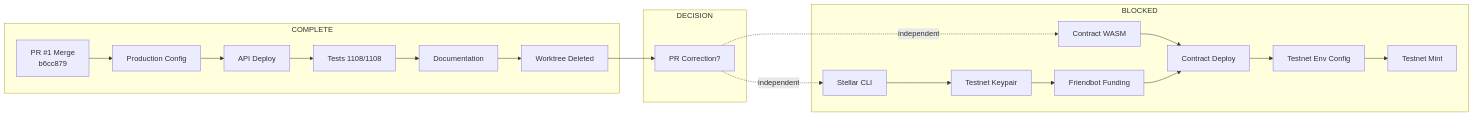
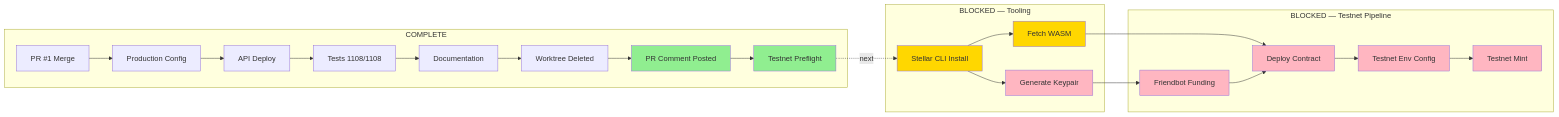
The diagram in docs/superpowers/diagrams/2026-08-19-dependency-map.md (SM-Web-Systems/lms-crypto-production), drawn with Mermaid before and after one commit. The commit also changed other lines of this file and 15 other files, not shown here.

First line of the commit message:
docs: phase 5 — PR correction, Stellar CLI research, testnet tooling preflight

````diff
--- a/docs/superpowers/diagrams/2026-08-19-dependency-map.md
+++ b/docs/superpowers/diagrams/2026-08-19-dependency-map.md
@@ -49,26 +8,37 @@
 ```mermaid
 graph LR
     subgraph "COMPLETE"
-        PR["PR #1 Merge<br/>b6cc879"] --> PROD["Production Config"]
+        PR["PR #1 Merge"] --> PROD["Production Config"]
         PROD --> DEPLOY["API Deploy"]
         DEPLOY --> TESTS["Tests 1108/1108"]
         TESTS --> DOCS["Documentation"]
         DOCS --> WT["Worktree Deleted"]
+        WT --> PRCORR["PR Comment Posted"]
+        PRCORR --> PREFLIGHT["Testnet Preflight"]
     end
 
-    subgraph "DECISION"
-        WT --> PRCORR["PR Correction?"]
+    subgraph "BLOCKED — Tooling"
+        CLI["Stellar CLI Install"] --> WASM_FETCH["Fetch WASM"]
+        CLI --> KEYPAIR["Generate Keypair"]
     end
 
-    subgraph "BLOCKED"
-        CLI["Stellar CLI"] --> KEYPAIR["Testnet Keypair"]
+    subgraph "BLOCKED — Testnet Pipeline"
         KEYPAIR --> FUND["Friendbot Funding"]
-        WASM["Contract WASM"] --> CDEPLOY["Contract Deploy"]
-        FUND --> CDEPLOY
-        CDEPLOY --> ENV["Testnet Env Config"]
+        WASM_FETCH --> CONTRACT["Deploy Contract"]
+        FUND --> CONTRACT
+        CONTRACT --> ENV["Testnet Env Config"]
         ENV --> MINT["Testnet Mint"]
     end
 
-    PRCORR -.->|"independent"| CLI
-    PRCORR -.->|"independent"| WASM
+    PREFLIGHT -.->|"next"| CLI
+
+    style PRCORR fill:#90EE90
+    style PREFLIGHT fill:#90EE90
+    style CLI fill:#FFD700
+    style WASM_FETCH fill:#FFD700
+    style KEYPAIR fill:#FFB6C1
+    style FUND fill:#FFB6C1
+    style CONTRACT fill:#FFB6C1
+    style ENV fill:#FFB6C1
+    style MINT fill:#FFB6C1
 ```
````
